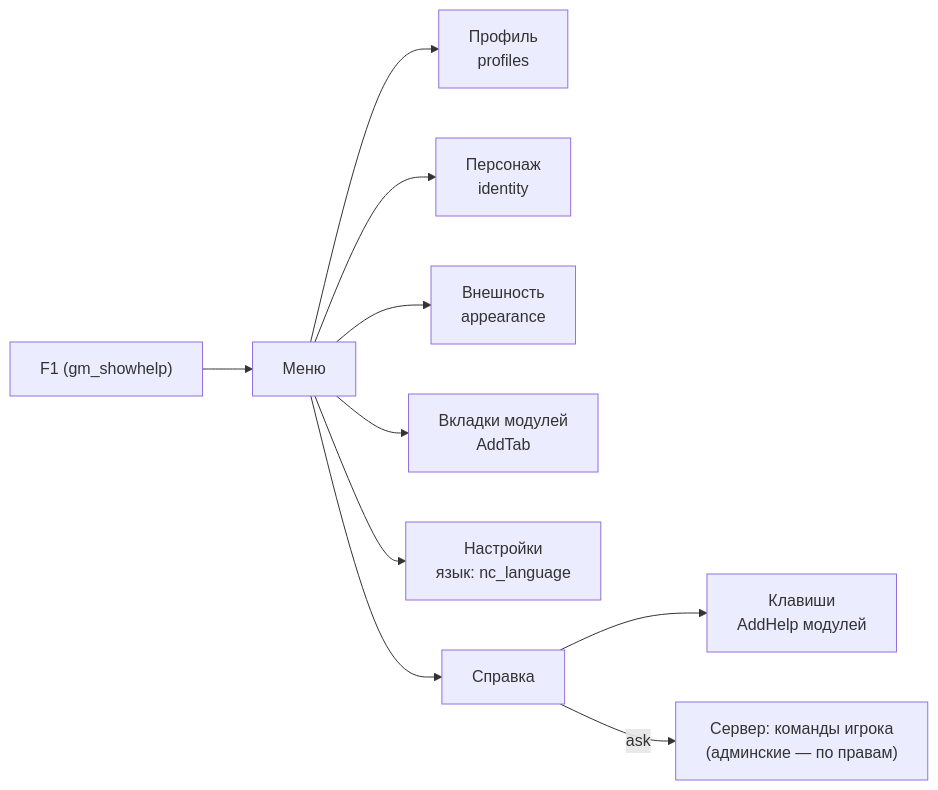
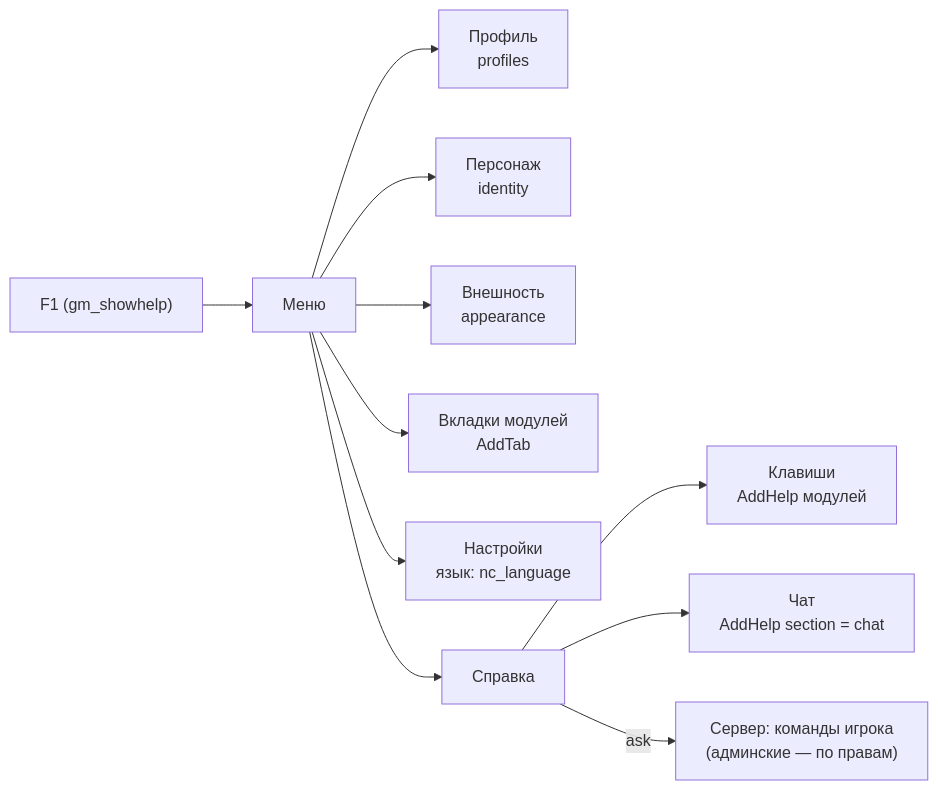
The diagram in gamemodes/nextcity/gamemode/modules/menu/README.md (vovawees/Next-City), drawn with Mermaid before and after one commit. The commit also changed other lines of this file and 31 other files, not shown here.

````diff
--- a/gamemodes/nextcity/gamemode/modules/menu/README.md
+++ b/gamemodes/nextcity/gamemode/modules/menu/README.md
@@ -13,12 +13,13 @@
 ```mermaid
 flowchart LR
 	F1["F1 (gm_showhelp)"] --> M["Меню"]
 	M --> P["Профиль<br/>profiles"]
 	M --> I["Персонаж<br/>identity"]
 	M --> A["Внешность<br/>appearance"]
 	M --> X["Вкладки модулей<br/>AddTab"]
 	M --> S["Настройки<br/>язык: nc_language"]
 	M --> H["Справка"]
 	H --> K["Клавиши<br/>AddHelp модулей"]
+	H --> C["Чат<br/>AddHelp section = chat"]
 	H -->|"ask"| SV["Сервер: команды игрока<br/>(админские — по правам)"]
 ```
````
